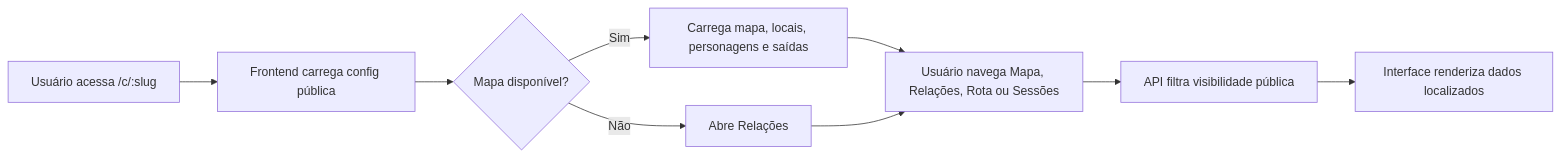
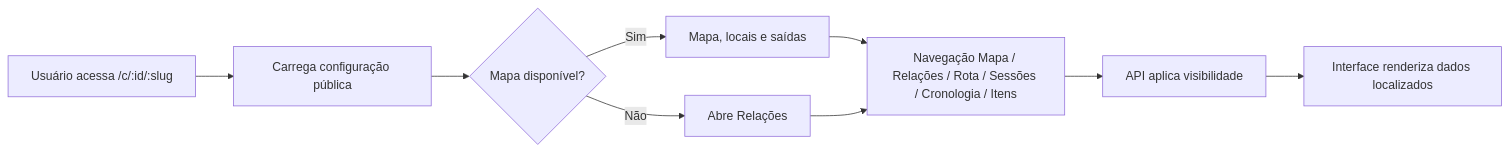
The first of 15 diagrams in docs/flows.md (ricardopiloto/interactive-map), drawn with Mermaid before and after one commit. The commit also changed other lines of this file and 19 other files, not shown here.

````diff
--- a/docs/flows.md
+++ b/docs/flows.md
@@ -7,11 +25,11 @@
 ```mermaid
 flowchart LR
-  A[Usuário acessa /c/:slug] --> B[Frontend carrega config pública]
+  A[Usuário acessa /c/:id/:slug] --> B[Carrega configuração pública]
   B --> C{Mapa disponível?}
-  C -- Sim --> D[Carrega mapa, locais, personagens e saídas]
+  C -- Sim --> D[Mapa, locais e saídas]
   C -- Não --> E[Abre Relações]
-  D --> F[Usuário navega Mapa, Relações, Rota ou Sessões]
+  D --> F[Navegação Mapa / Relações / Rota / Sessões / Cronologia / Itens]
   E --> F
-  F --> G[API filtra visibilidade pública]
+  F --> G[API aplica visibilidade]
   G --> H[Interface renderiza dados localizados]
 ```
````
